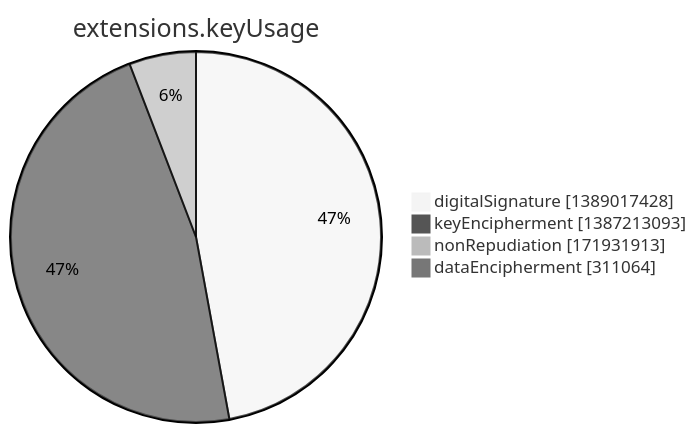
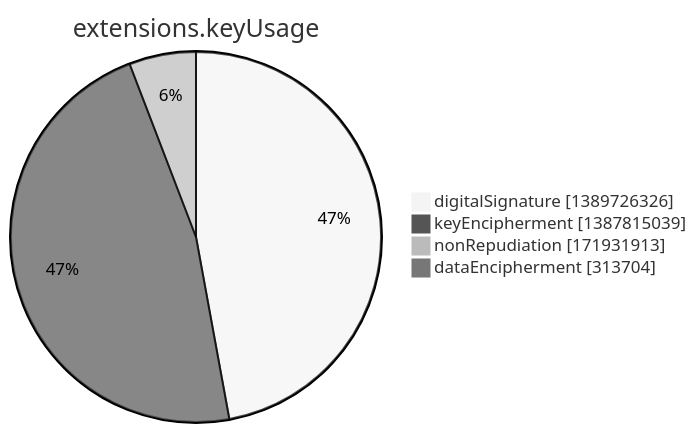
Before and after one commit to christiankrug/ctmonitor_visualization: the seventh of 15 diagrams in argon2022/README.md, drawn with Mermaid (neutral theme). The commit also changed other lines of this file, not shown here.

````diff
--- a/argon2022/README.md
+++ b/argon2022/README.md
@@ -2751,8 +2751,8 @@
 ```mermaid
 pie showData
 title extensions.keyUsage
-"digitalSignature" :1389017428
-"keyEncipherment" :1387213093
+"digitalSignature" :1389726326
+"keyEncipherment" :1387815039
 "nonRepudiation" :171931913
-"dataEncipherment" :311064
+"dataEncipherment" :313704
 ```
````
